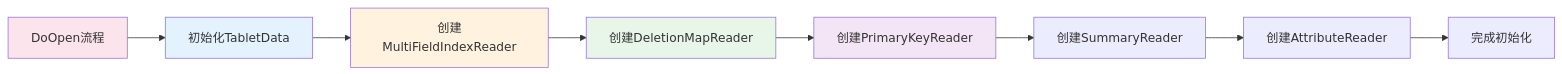
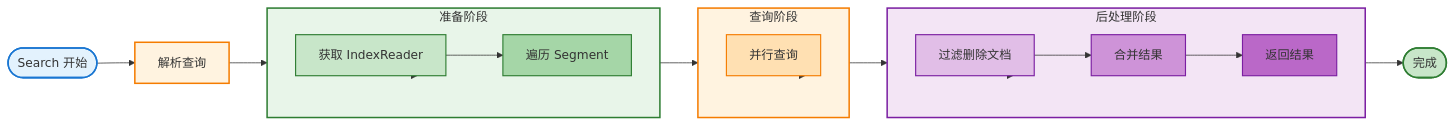
Before and after one commit to zhouzhilong-commits/zhouzhilong-commits.github.io: diagram 17 of 25 in _posts/2025-06-11-indexlib-4-query-flow.md, drawn with Mermaid. The commit also changed other lines of this file and 10 other files, not shown here.

````diff
--- a/_posts/2025-06-11-indexlib-4-query-flow.md
+++ b/_posts/2025-06-11-indexlib-4-query-flow.md
@@ -1530,17 +1574,48 @@
 ```mermaid
-graph LR
-    A[初始化TabletData] --> B[创建MultiFieldIndexReader]
-    B --> C[创建DeletionMapReader]
-    C --> D[创建PrimaryKeyReader]
-    D --> E[创建SummaryReader]
-    E --> F[创建AttributeReader]
+flowchart LR
+    Start([Search 开始]) --> A[解析查询]
     
-    G[DoOpen流程] --> A
-    F --> H[完成初始化]
+    A --> Prepare[准备阶段]
     
-    style A fill:#e3f2fd
-    style B fill:#fff3e0
-    style C fill:#e8f5e9
-    style D fill:#f3e5f5
-    style G fill:#fce4ec
+    subgraph Prepare["准备阶段"]
+        direction LR
+        B[获取 IndexReader]
+        C[遍历 Segment]
+        B --> C
+    end
+    
+    Prepare --> B
+    C --> Query[查询阶段]
+    
+    subgraph Query["查询阶段"]
+        direction LR
+        D[并行查询]
+    end
+    
+    Query --> D
+    D --> PostProcess[后处理阶段]
+    
+    subgraph PostProcess["后处理阶段"]
+        direction LR
+        E[过滤删除文档]
+        F[合并结果]
+        G[返回结果]
+        E --> F --> G
+    end
+    
+    PostProcess --> E
+    G --> End([完成])
+    
+    style Start fill:#e3f2fd,stroke:#1976d2,stroke-width:2px
+    style A fill:#fff3e0,stroke:#f57c00,stroke-width:2px
+    style Prepare fill:#e8f5e9,stroke:#2e7d32,stroke-width:2px
+    style B fill:#c8e6c9,stroke:#2e7d32,stroke-width:1.5px
+    style C fill:#a5d6a7,stroke:#2e7d32,stroke-width:1.5px
+    style Query fill:#fff3e0,stroke:#f57c00,stroke-width:2px
+    style D fill:#ffe0b2,stroke:#f57c00,stroke-width:1.5px
+    style PostProcess fill:#f3e5f5,stroke:#7b1fa2,stroke-width:2px
+    style E fill:#e1bee7,stroke:#7b1fa2,stroke-width:1.5px
+    style F fill:#ce93d8,stroke:#7b1fa2,stroke-width:1.5px
+    style G fill:#ba68c8,stroke:#7b1fa2,stroke-width:1.5px
+    style End fill:#c8e6c9,stroke:#2e7d32,stroke-width:2px
 ```
````
